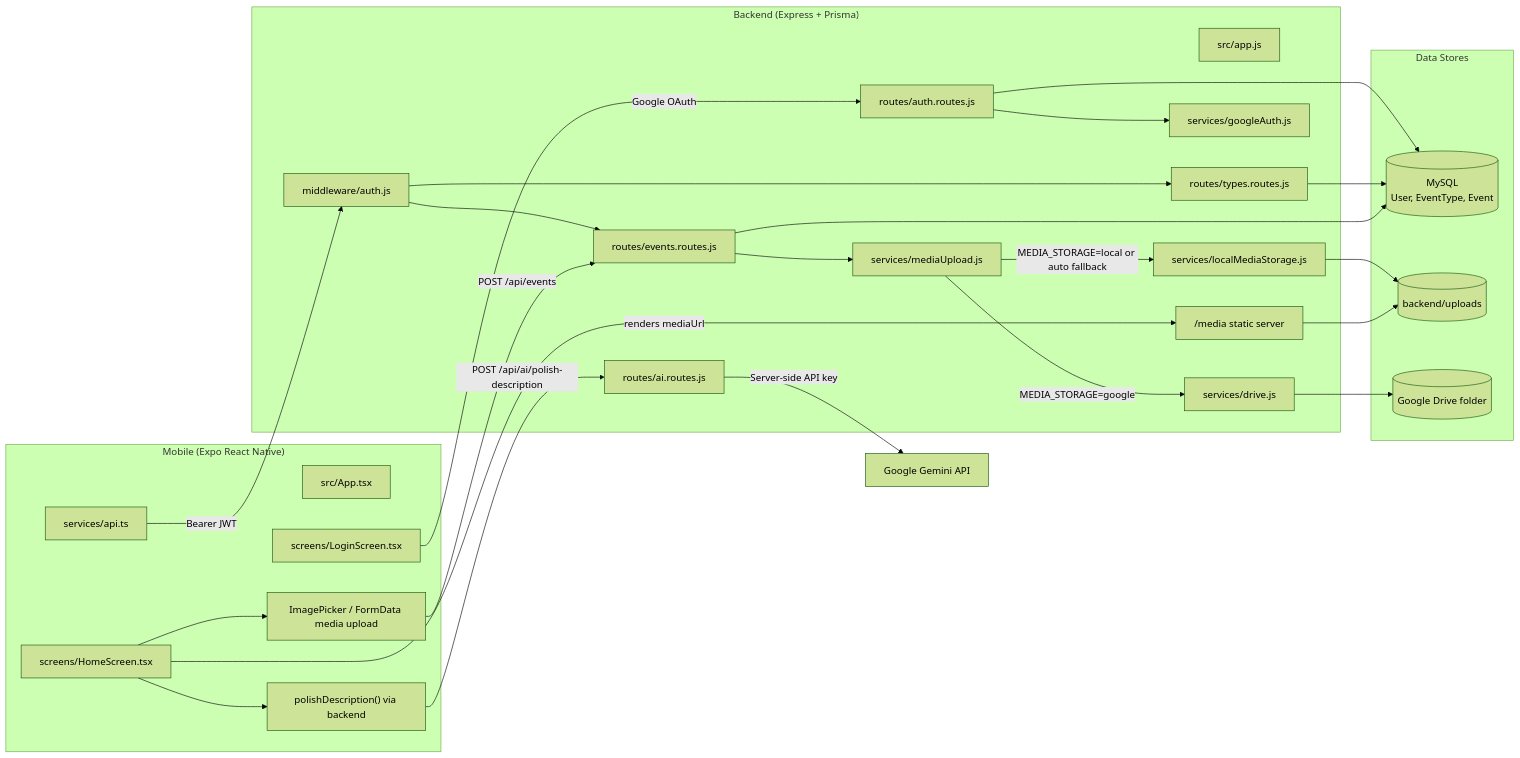
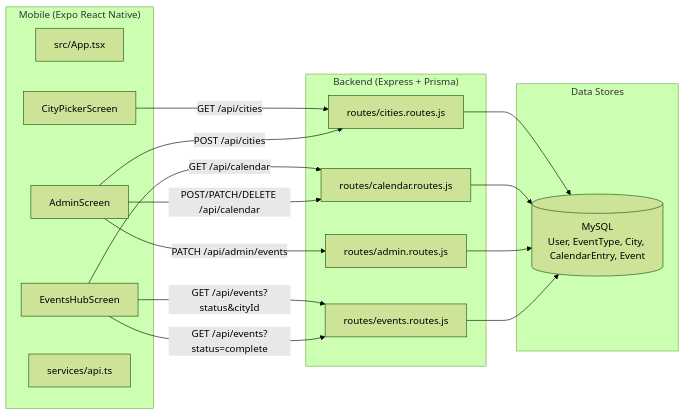
One commit to The-Akanksha-Foundation-Pune/mobile changed the second of 2 diagrams in REPO_MAP.md. Above: the diagram before and after it, drawn with Mermaid (forest theme). The commit also changed other lines of this file and 38 other files, not shown here.

First line of the commit message:
Refactor backend and mobile app for enhanced event management and city integration

````diff
--- a/REPO_MAP.md
+++ b/REPO_MAP.md
@@ -105,52 +116,33 @@
 ```mermaid
 graph LR
   subgraph Mobile["Mobile (Expo React Native)"]
     MApp["src/App.tsx"]
-    MLogin["screens/LoginScreen.tsx"]
-    MHome["screens/HomeScreen.tsx"]
+    MCity["CityPickerScreen"]
+    MHub["EventsHubScreen"]
+    MAdmin["AdminScreen"]
     MApi["services/api.ts"]
-    MPolish["polishDescription() via backend"]
-    MMedia["ImagePicker / FormData media upload"]
   end
 
   subgraph Backend["Backend (Express + Prisma)"]
-    BApp["src/app.js"]
-    BAuth["routes/auth.routes.js"]
-    BTypes["routes/types.routes.js"]
     BEvents["routes/events.routes.js"]
-    BAi["routes/ai.routes.js"]
-    BJwt["middleware/auth.js"]
-    BGoogle["services/googleAuth.js"]
-    BUpload["services/mediaUpload.js"]
-    BDrive["services/drive.js"]
-    BLocal["services/localMediaStorage.js"]
-    BStatic["/media static server"]
+    BCities["routes/cities.routes.js"]
+    BCal["routes/calendar.routes.js"]
+    BAdmin["routes/admin.routes.js"]
   end
 
   subgraph Data["Data Stores"]
-    DMySQL[("MySQL\nUser, EventType, Event")]
-    DUploads[("backend/uploads")]
-    DDrive[("Google Drive folder")]
+    DMySQL[("MySQL\nUser, EventType, City, CalendarEntry, Event")]
   end
 
-  MLogin -->|"Google OAuth"| BAuth
-  BAuth --> BGoogle
-  BAuth --> DMySQL
-  MApi -->|"Bearer JWT"| BJwt
-  BJwt --> BTypes
-  BJwt --> BEvents
-  BTypes --> DMySQL
-  MHome --> MMedia
-  MHome --> MPolish
-  MPolish -->|"POST /api/ai/polish-description"| BAi
-  BAi -->|"Server-side API key"| GAI["Google Gemini API"]
-  MMedia -->|"POST /api/events"| BEvents
-  BEvents --> BUpload
-  BUpload -->|"MEDIA_STORAGE=google"| BDrive
-  BUpload -->|"MEDIA_STORAGE=local or auto fallback"| BLocal
-  BDrive --> DDrive
-  BLocal --> DUploads
-  BStatic --> DUploads
+  MCity -->|"GET /api/cities"| BCities
+  MHub -->|"GET /api/events?status&cityId"| BEvents
+  MHub -->|"GET /api/events?status=complete"| BEvents
+  MHub -->|"GET /api/calendar"| BCal
+  MAdmin -->|"PATCH /api/admin/events"| BAdmin
+  MAdmin -->|"POST/PATCH/DELETE /api/calendar"| BCal
+  MAdmin -->|"POST /api/cities"| BCities
+  BCities --> DMySQL
+  BCal --> DMySQL
+  BAdmin --> DMySQL
   BEvents --> DMySQL
-  MHome -->|"renders mediaUrl"| BStatic
 ```
````
